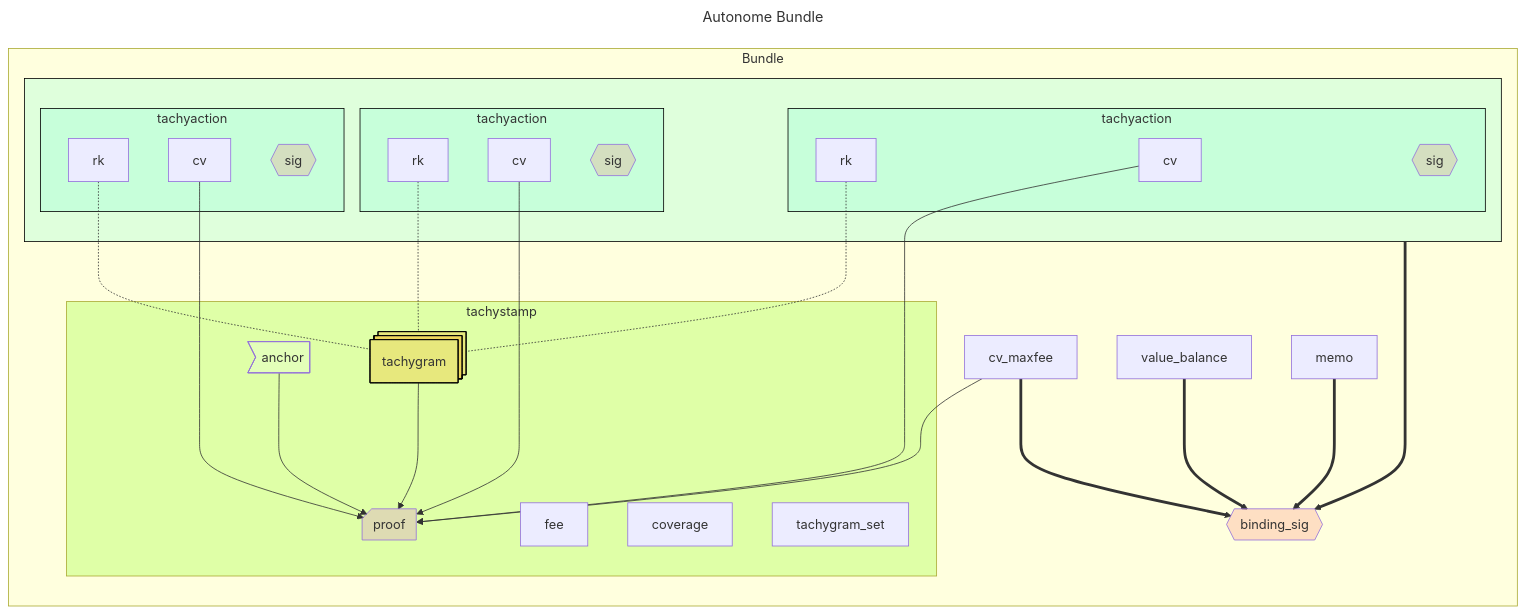
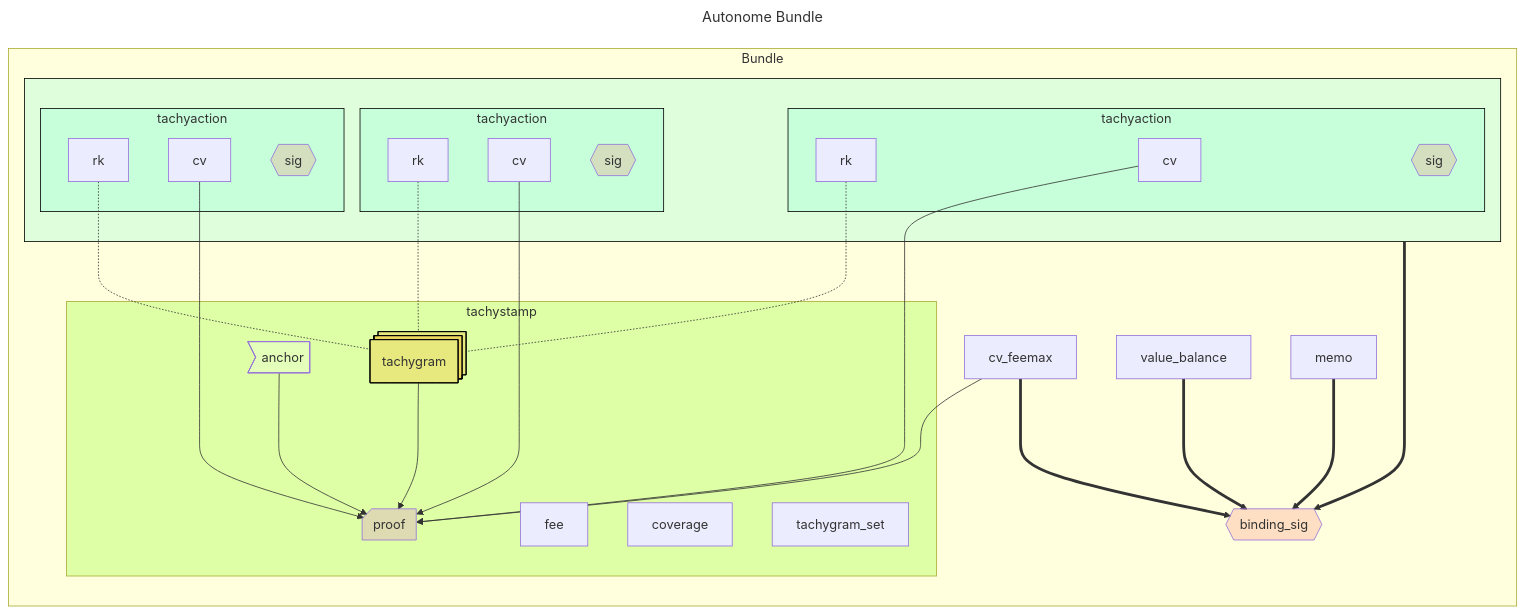
One commit to tachyon-zcash/tachyon changed the diagram in book/src/bundle.md. Above: the diagram before and after it, drawn with Mermaid. The commit also changed other lines of this file and 4 other files, not shown here.

````diff
--- a/book/src/bundle.md
+++ b/book/src/bundle.md
@@ -82,70 +82,70 @@
 ```mermaid
 ---
 title: Autonome Bundle
 ---
 flowchart LR
 classDef signature fill:#fa807240
 classDef optional fill:#d3d3d340,stroke-dasharray: 5 5
 
 style tachyaction1 fill:#7fffd440,stroke:black
 style tachyaction2 fill:#7fffd440,stroke:black
 style tachyaction3 fill:#7fffd440,stroke:black
 style tachyaction_vec fill:#7fffd440,stroke:black
 
 style tachygram_vec fill:#ffa50040,stroke:black
 style proof fill:#da70d640
 style anchor fill:#f0fff040
 
 style tachystamp fill:#7fff0040
 
 subgraph shielded_data["Bundle"]
 
     subgraph tachyaction_vec[" "]
 
         subgraph tachyaction1["tachyaction"]
             cv1["cv"]
             rk1["rk"]
             sig1:::signature@{shape: hex, label: "sig"}
         end
 
        subgraph tachyaction2["tachyaction"]
             cv2["cv"]
             rk2["rk"]
             sig2:::signature@{shape: hex, label: "sig"}
         end
 
        subgraph tachyaction3["tachyaction"]
             cv3["cv"]
             rk3["rk"]
             sig3:::signature@{shape: hex, label: "sig"}
         end
     end
 
     subgraph tachystamp
         fee
         coverage
         tachygram_set
         anchor@{shape: odd}
         proof@{shape: notch-rect}
         tachygram_vec@{shape: procs, label: "tachygram"}
 
         anchor ---> proof
         tachygram_vec ---> proof
     end
 
     rk1 & rk2 & rk3 -.- tachygram_vec
     cv1 & cv2 & cv3 ---> proof
 
     sig_binding:::signature@{shape: hex, label: "binding_sig"}
     v_balance["value_balance"]
-    cv_maxfee["cv_maxfee"]
+    cv_feemax["cv_feemax"]
     memo
 
-    cv_maxfee ---> proof
+    cv_feemax ---> proof
 
     v_balance ===> sig_binding
-    cv_maxfee ===> sig_binding
+    cv_feemax ===> sig_binding
     memo ===> sig_binding
     tachyaction_vec ===> sig_binding
 end
 ```
````
